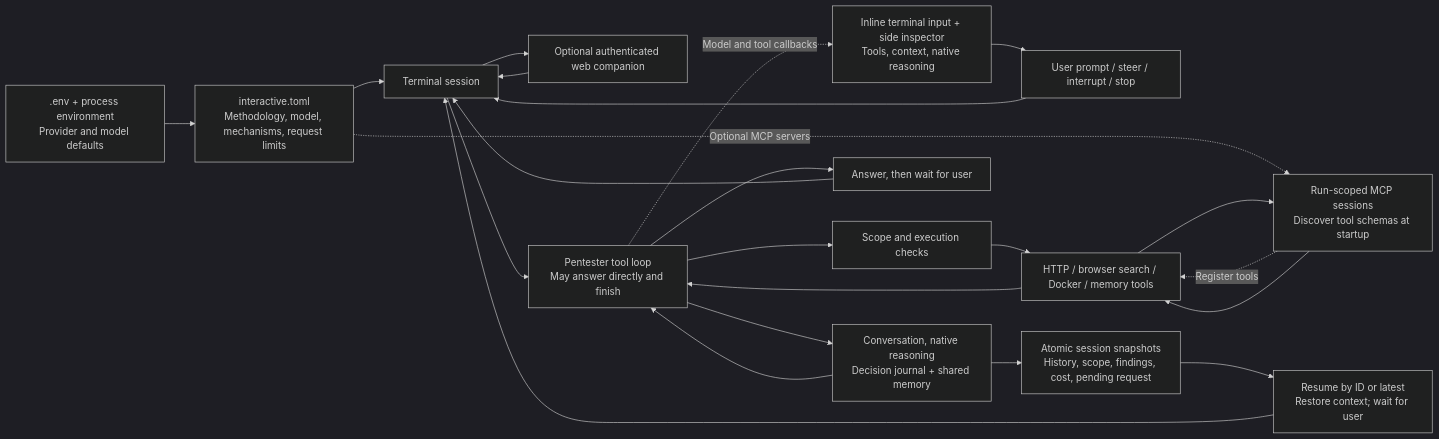
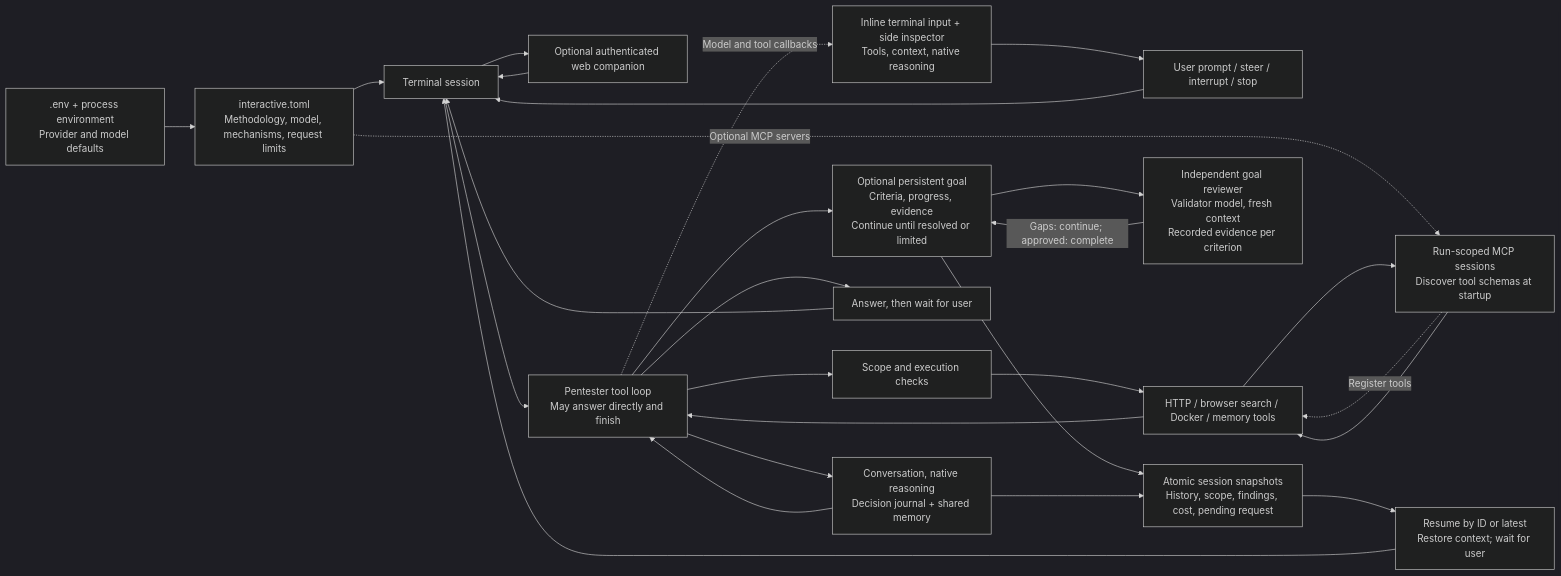
One commit to tsirolnik/fantasma changed the first of 3 diagrams in docs/architecture.md. Above: the diagram before and after it, drawn with Mermaid (dark theme). The commit also changed other lines of this file and 38 other files, not shown here.

Commit message:
Add persistent investigation goals, independent review and reasoning retention

````diff
--- a/docs/architecture.md
+++ b/docs/architecture.md
@@ -26,25 +26,29 @@
 ```mermaid
 flowchart LR
     PROFILE["interactive.toml<br/>Methodology, model, mechanisms, request limits"] --> SESSION["Terminal session"]
     USER["User prompt / steer / interrupt / stop"] --> SESSION
     WEB["Optional authenticated web companion"] --> SESSION
     SESSION --> WEB
     SESSION --> AGENT["Pentester tool loop<br/>May answer directly and finish"]
     AGENT --> CHECK["Scope and execution checks"]
     CHECK --> TOOLS["HTTP / browser search / Docker / memory tools"]
     PROFILE -. "Optional MCP servers" .-> MCP["Run-scoped MCP sessions<br/>Discover tool schemas at startup"]
     MCP -. "Register tools" .-> TOOLS
     TOOLS --> MCP
     MCP --> TOOLS
     TOOLS --> AGENT
     ENV[".env + process environment<br/>Provider and model defaults"] --> PROFILE
+    AGENT --> GOAL["Optional persistent goal<br/>Criteria, progress, evidence<br/>Continue until resolved or limited"]
+    GOAL --> REVIEW["Independent goal reviewer<br/>Validator model, fresh context<br/>Recorded evidence per criterion"]
+    REVIEW -->|"Gaps: continue; approved: complete"| GOAL
+    GOAL --> SAVE
     AGENT --> HISTORY["Conversation, native reasoning<br/>Decision journal + shared memory"]
     HISTORY --> SAVE["Atomic session snapshots<br/>History, scope, findings, cost, pending request"]
     SAVE --> RESUME["Resume by ID or latest<br/>Restore context; wait for user"]
     RESUME --> SESSION
     AGENT -. "Model and tool callbacks" .-> INSPECT["Inline terminal input + side inspector<br/>Tools, context, native reasoning"]
     INSPECT --> USER
     HISTORY --> AGENT
     AGENT --> ANSWER["Answer, then wait for user"]
     ANSWER --> SESSION
 ```
````
